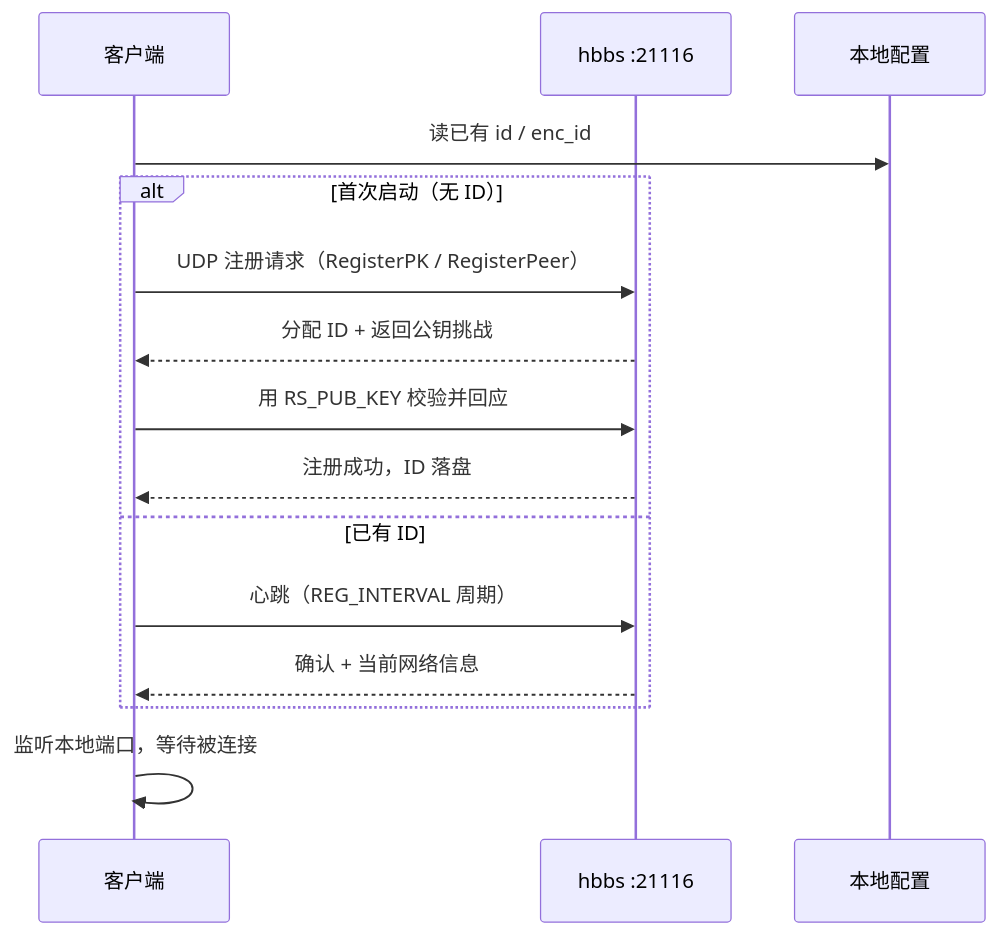
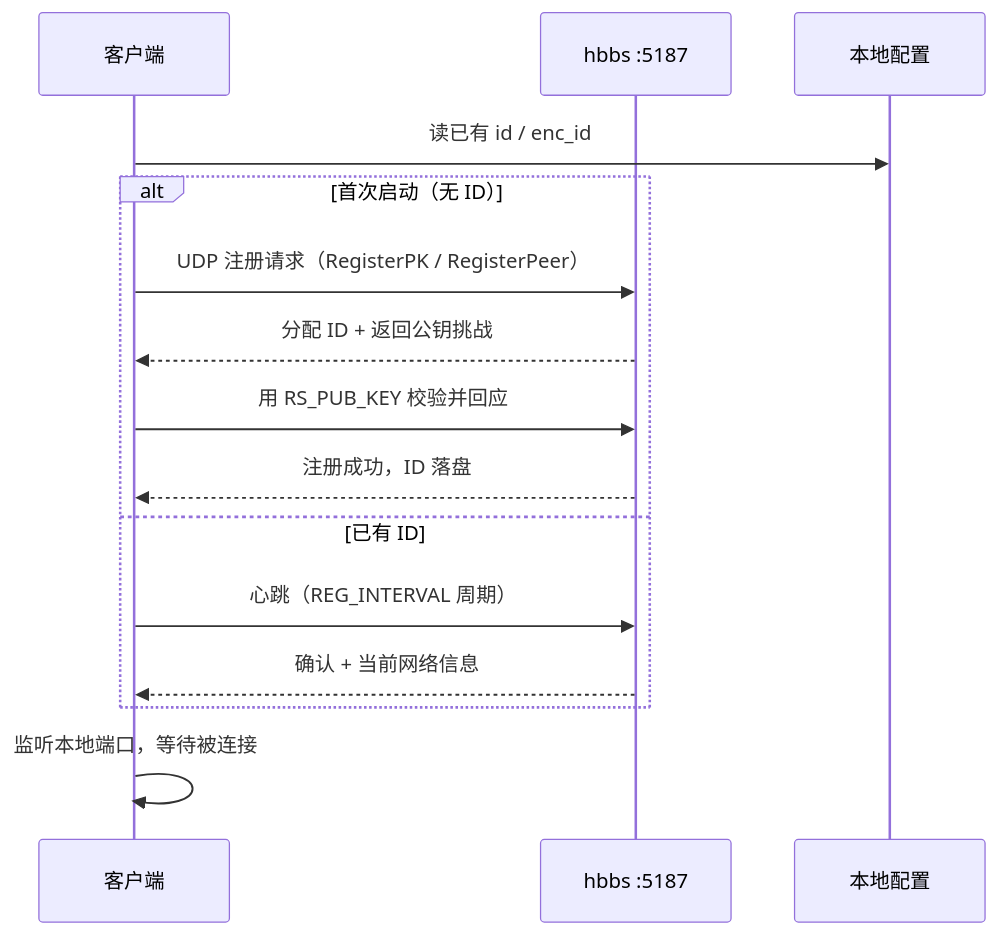
The first of 4 diagrams in docs/02-runtime.md (liaozhimingandy/wedesk), drawn with Mermaid before and after one commit. The commit also changed other lines of this file and 20 other files, not shown here.

````diff
--- a/docs/02-runtime.md
+++ b/docs/02-runtime.md
@@ -23,18 +23,18 @@
 ```mermaid
 sequenceDiagram
     participant App as 客户端
-    participant HBBS as hbbs :21116
+    participant HBBS as hbbs :5187
     participant Disk as 本地配置
 
     App->>Disk: 读已有 id / enc_id
     alt 首次启动（无 ID）
         App->>HBBS: UDP 注册请求（RegisterPK / RegisterPeer）
         HBBS-->>App: 分配 ID + 返回公钥挑战
         App->>HBBS: 用 RS_PUB_KEY 校验并回应
         HBBS-->>App: 注册成功，ID 落盘
     else 已有 ID
         App->>HBBS: 心跳（REG_INTERVAL 周期）
         HBBS-->>App: 确认 + 当前网络信息
     end
     App->>App: 监听本地端口，等待被连接
 ```
````
